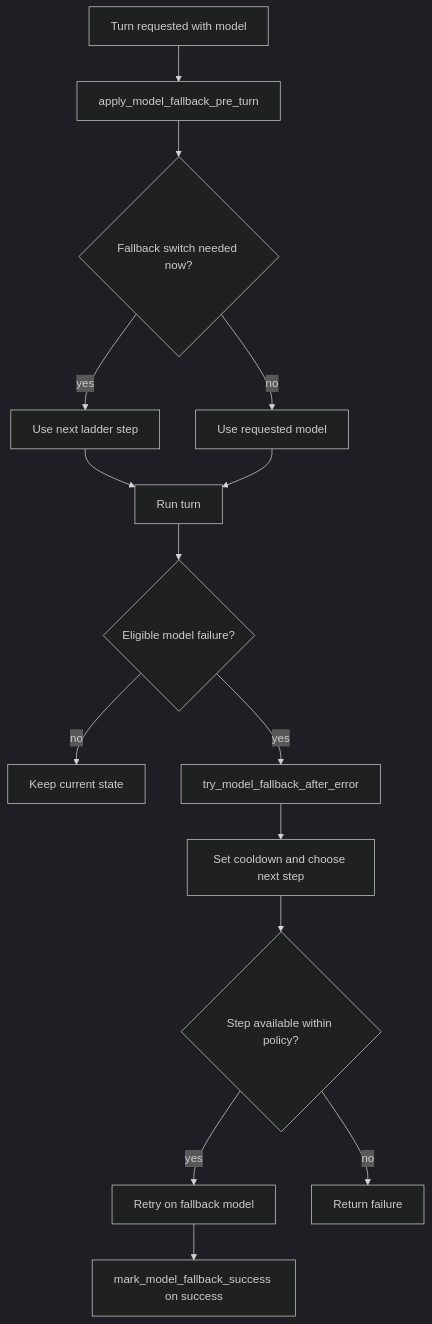
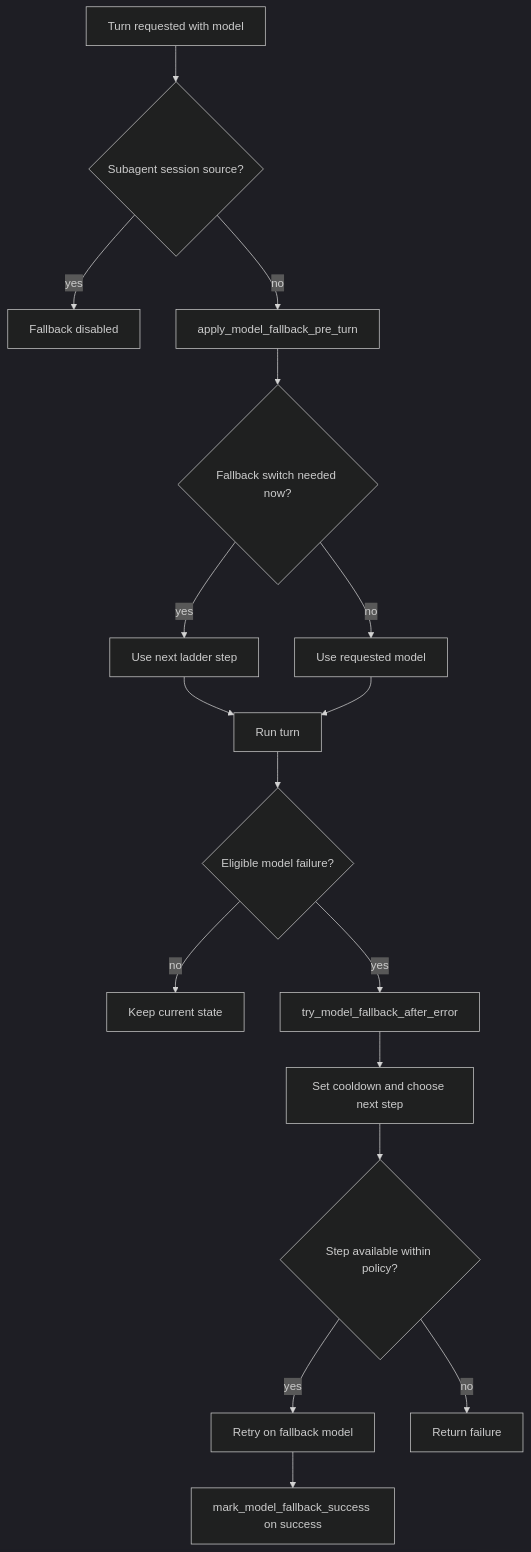
The fourth of 4 diagrams in docs-nero-fork/codex-rs-fork-surface-atlas.md (GattoUberNero/codex), drawn with Mermaid before and after one commit. The commit also changed other lines of this file and 99 other files, not shown here.

````diff
--- a/docs-nero-fork/codex-rs-fork-surface-atlas.md
+++ b/docs-nero-fork/codex-rs-fork-surface-atlas.md
@@ -389,18 +475,20 @@
 ```mermaid
 %%{ init: { 'theme': 'dark' } }%%
 flowchart TD
-    A[Turn requested with model] --> B[apply_model_fallback_pre_turn]
-    B --> C{Fallback switch needed now?}
-    C -- yes --> D[Use next ladder step]
-    C -- no --> E[Use requested model]
-    D --> F[Run turn]
-    E --> F
-    F --> G{Eligible model failure?}
-    G -- no --> H[Keep current state]
-    G -- yes --> I[try_model_fallback_after_error]
-    I --> J[Set cooldown and choose next step]
-    J --> K{Step available within policy?}
-    K -- yes --> L[Retry on fallback model]
-    K -- no --> M[Return failure]
-    L --> N[mark_model_fallback_success on success]
+    A[Turn requested with model] --> B{Subagent session source?}
+    B -- yes --> C[Fallback disabled]
+    B -- no --> D[apply_model_fallback_pre_turn]
+    D --> E{Fallback switch needed now?}
+    E -- yes --> F[Use next ladder step]
+    E -- no --> G[Use requested model]
+    F --> H[Run turn]
+    G --> H
+    H --> I{Eligible model failure?}
+    I -- no --> J[Keep current state]
+    I -- yes --> K[try_model_fallback_after_error]
+    K --> L[Set cooldown and choose next step]
+    L --> M{Step available within policy?}
+    M -- yes --> N[Retry on fallback model]
+    M -- no --> O[Return failure]
+    N --> P[mark_model_fallback_success on success]
 ```
````
